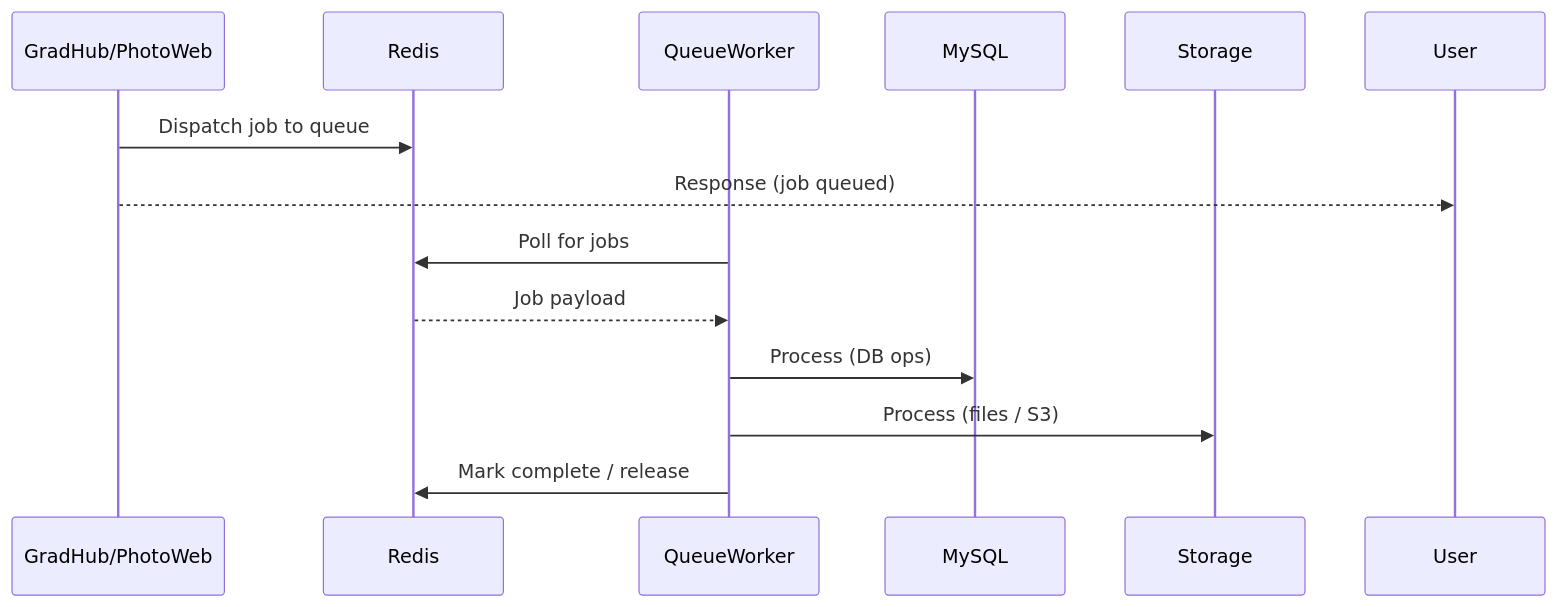
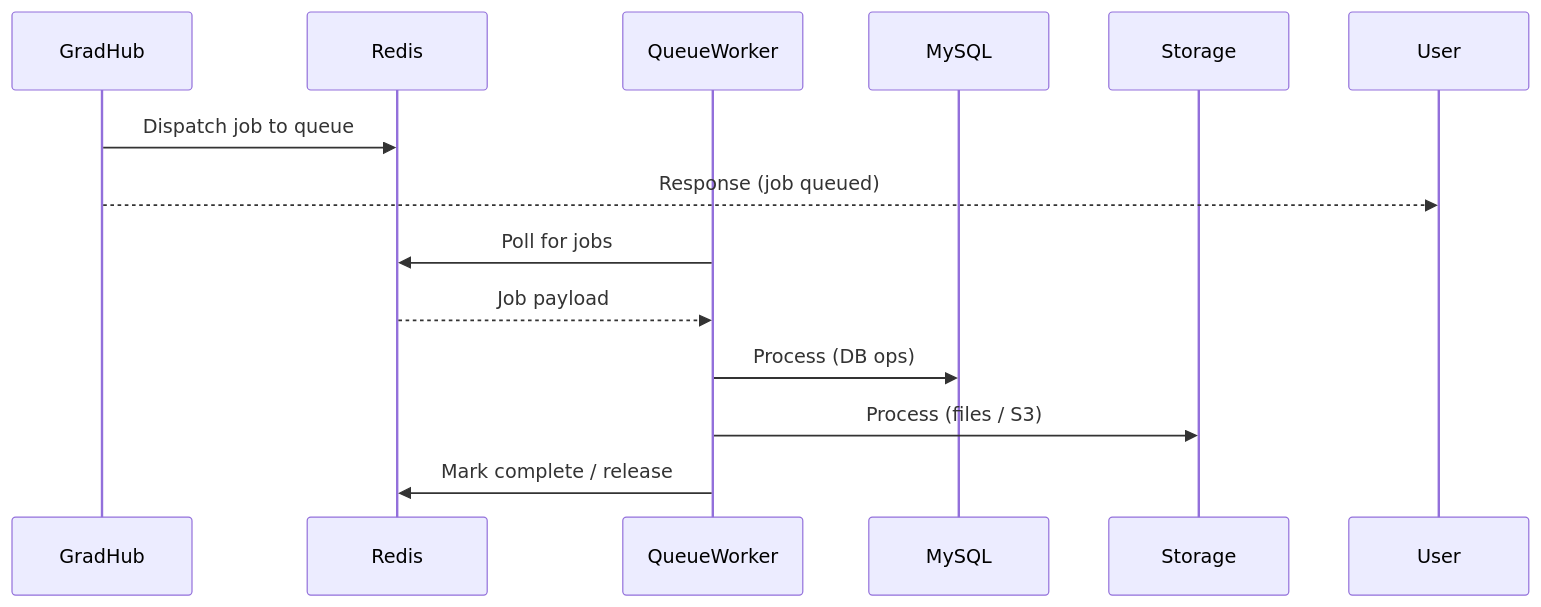
Before and after one commit to yeremko/gatest: the fourth of 7 diagrams in architecture.md, drawn with Mermaid. The commit also changed other lines of this file, not shown here.

````diff
--- a/architecture.md
+++ b/architecture.md
@@ -123,16 +136,16 @@
 ```mermaid
 sequenceDiagram
-    participant App as GradHub/PhotoWeb
+    participant App as GradHub
     participant Redis
     participant QueueWorker
     participant MySQL
     participant Storage
 
     App->>Redis: Dispatch job to queue
     App-->>User: Response (job queued)
     QueueWorker->>Redis: Poll for jobs
     Redis-->>QueueWorker: Job payload
     QueueWorker->>MySQL: Process (DB ops)
     QueueWorker->>Storage: Process (files / S3)
     QueueWorker->>Redis: Mark complete / release
 ```
````
